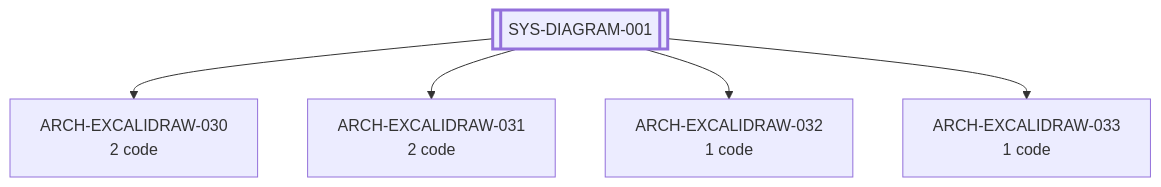
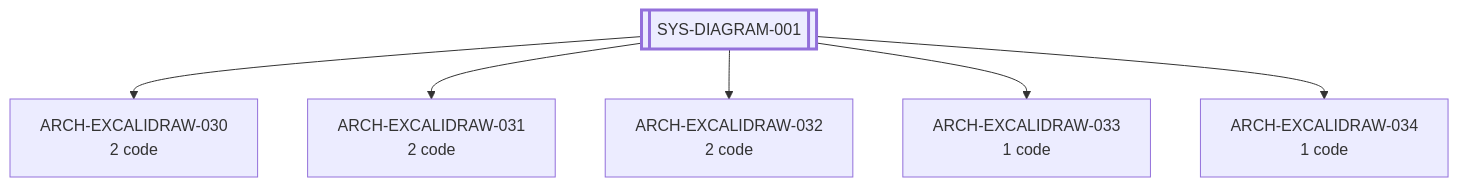
The first of 5 diagrams in plugin/requirements/_map.md (alxmax/excalidraw-diagram), drawn with Mermaid before and after one commit. The commit also changed other lines of this file and 30 other files, not shown here.

````diff
--- a/plugin/requirements/_map.md
+++ b/plugin/requirements/_map.md
@@ -15,13 +15,15 @@
 ```mermaid
 graph TD
   ARCH_EXCALIDRAW_030[ARCH-EXCALIDRAW-030<br/>2 code]
   ARCH_EXCALIDRAW_031[ARCH-EXCALIDRAW-031<br/>2 code]
-  ARCH_EXCALIDRAW_032[ARCH-EXCALIDRAW-032<br/>1 code]
+  ARCH_EXCALIDRAW_032[ARCH-EXCALIDRAW-032<br/>2 code]
   ARCH_EXCALIDRAW_033[ARCH-EXCALIDRAW-033<br/>1 code]
+  ARCH_EXCALIDRAW_034[ARCH-EXCALIDRAW-034<br/>1 code]
   SYS_DIAGRAM_001[[SYS-DIAGRAM-001]]
   SYS_DIAGRAM_001 --> ARCH_EXCALIDRAW_030
   SYS_DIAGRAM_001 --> ARCH_EXCALIDRAW_031
   SYS_DIAGRAM_001 --> ARCH_EXCALIDRAW_032
   SYS_DIAGRAM_001 --> ARCH_EXCALIDRAW_033
+  SYS_DIAGRAM_001 --> ARCH_EXCALIDRAW_034
   style SYS_DIAGRAM_001 stroke-width:3px
 ```
````
